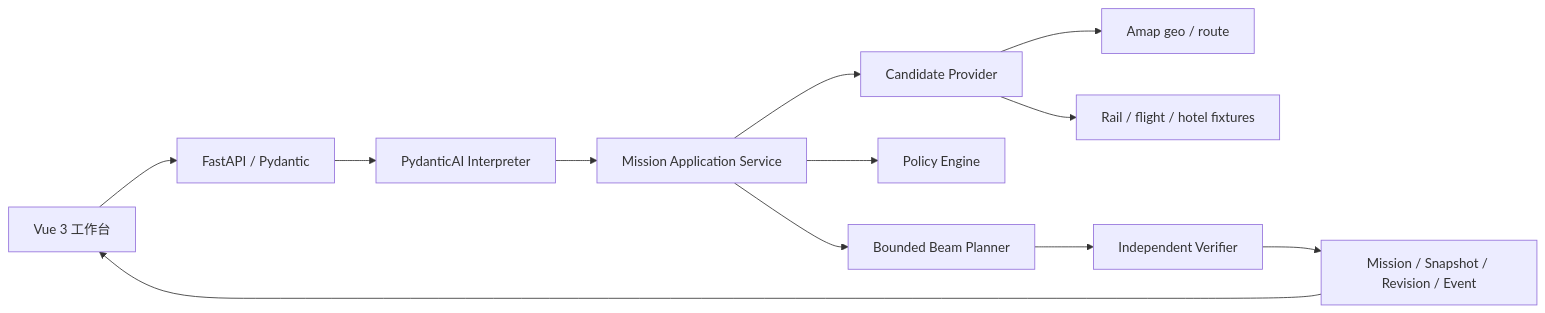
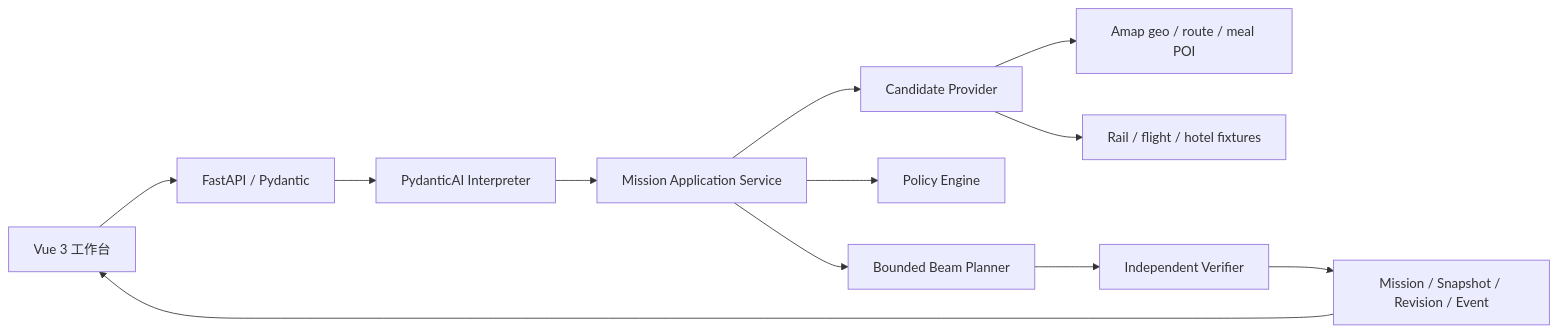
Before and after one commit to KXHXK/fieldpilot: the diagram in docs/architecture.md, drawn with Mermaid. The commit also changed other lines of this file and 23 other files, not shown here.

````diff
--- a/docs/architecture.md
+++ b/docs/architecture.md
@@ -9,14 +9,14 @@
 ```mermaid
 flowchart LR
     UI["Vue 3 工作台"] --> API["FastAPI / Pydantic"]
     API --> AG["PydanticAI Interpreter"]
     AG --> MS["Mission Application Service"]
     MS --> CP["Candidate Provider"]
-    CP --> AM["Amap geo / route"]
+    CP --> AM["Amap geo / route / meal POI"]
     CP --> FX["Rail / flight / hotel fixtures"]
     MS --> PE["Policy Engine"]
     MS --> PL["Bounded Beam Planner"]
     PL --> VE["Independent Verifier"]
     VE --> DB["Mission / Snapshot / Revision / Event"]
     DB --> UI
 ```
````
